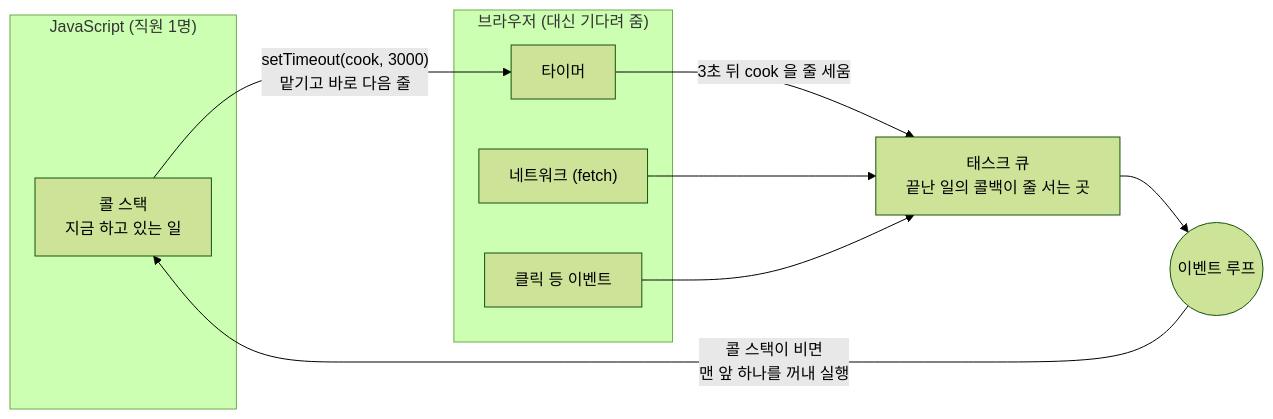
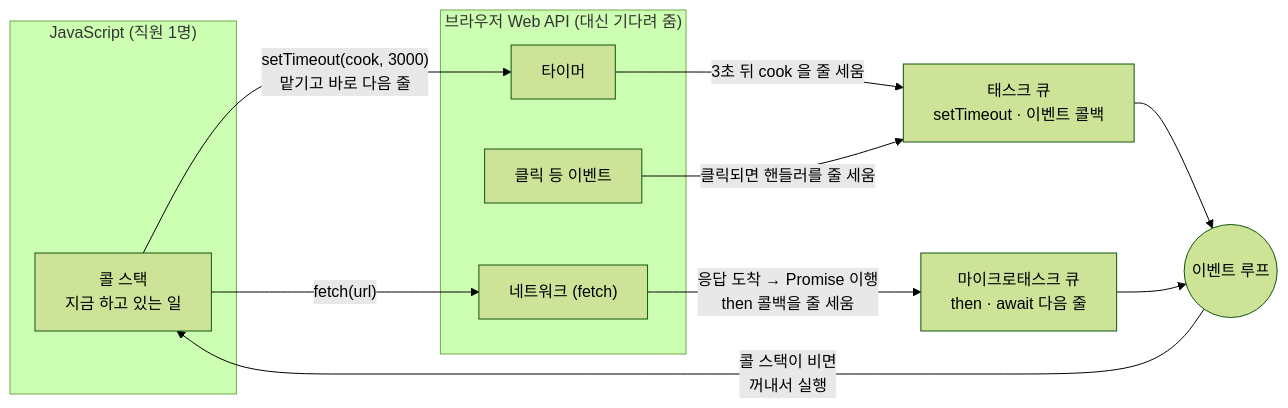
One commit to yang7493/my-blog changed the first of 4 diagrams in _posts/2026-11-20-javascript-async-promise-fetch.md. Above: the diagram before and after it, drawn with Mermaid (forest theme). The commit also changed other lines of this file, not shown here.

First line of the commit message:
2026-11-20 비동기 글에 동기·비동기 비교와 이벤트 루프·태스크 큐 설명 보강

````diff
--- a/_posts/2026-11-20-javascript-async-promise-fetch.md
+++ b/_posts/2026-11-20-javascript-async-promise-fetch.md
@@ -133,20 +189,23 @@
 ```mermaid
 flowchart LR
     subgraph JS["JavaScript (직원 1명)"]
         CS["콜 스택<br/>지금 하고 있는 일"]
     end
-    subgraph BR["브라우저 (대신 기다려 줌)"]
+    subgraph BR["브라우저 Web API (대신 기다려 줌)"]
         T["타이머"]
         N["네트워크 (fetch)"]
         E["클릭 등 이벤트"]
     end
-    Q["태스크 큐<br/>끝난 일의 콜백이 줄 서는 곳"]
+    Q["태스크 큐<br/>setTimeout · 이벤트 콜백"]
+    MQ["마이크로태스크 큐<br/>then · await 다음 줄"]
     L(("이벤트 루프"))
 
     CS -->|"setTimeout(cook, 3000)<br/>맡기고 바로 다음 줄"| T
+    CS -->|"fetch(url)"| N
     T -->|"3초 뒤 cook 을 줄 세움"| Q
-    N --> Q
-    E --> Q
-    L -->|"콜 스택이 비면<br/>맨 앞 하나를 꺼내 실행"| CS
+    E -->|"클릭되면 핸들러를 줄 세움"| Q
+    N -->|"응답 도착 → Promise 이행<br/>then 콜백을 줄 세움"| MQ
     Q --> L
+    MQ --> L
+    L -->|"콜 스택이 비면<br/>꺼내서 실행"| CS
 ```
````
